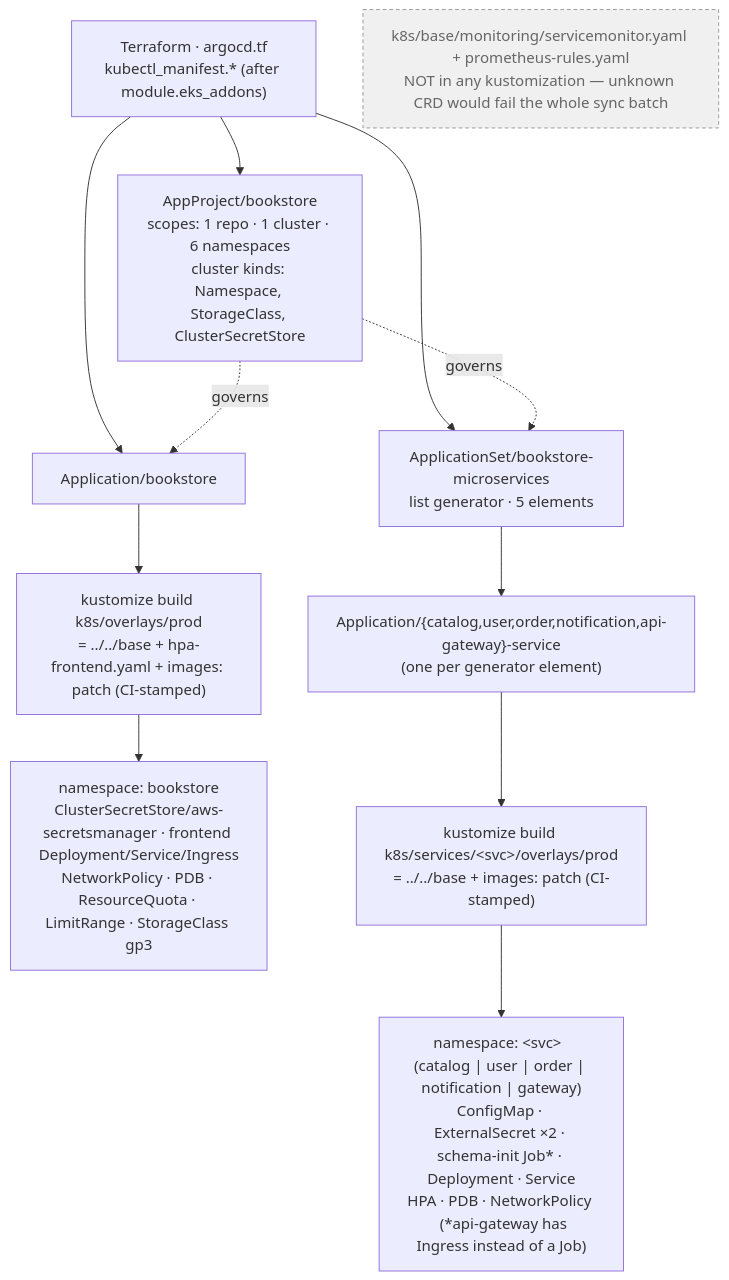
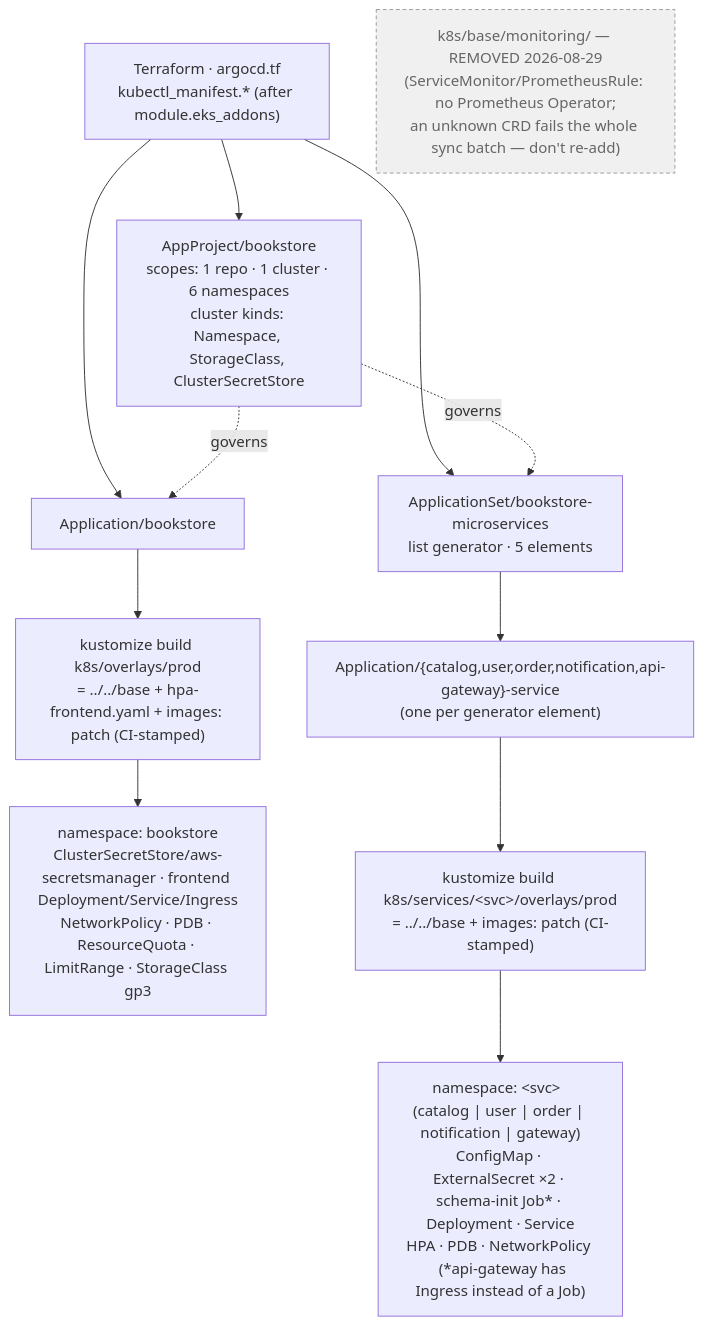
The first of 3 diagrams in k8s-dependency-graph.md (KANDUKURIsaikrishna/aws_three_tier_archi_observability), drawn with Mermaid before and after one commit. The commit also changed other lines of this file and 1 other file, not shown here.

First line of the commit message:
docs(dr): fix stale k8s/base/monitoring references in explainer/graph notes

````diff
--- a/k8s-dependency-graph.md
+++ b/k8s-dependency-graph.md
@@ -21,21 +21,21 @@
 ```mermaid
 flowchart TD
     TF["Terraform · argocd.tf<br/>kubectl_manifest.* (after module.eks_addons)"]
     TF --> APRJ["AppProject/bookstore<br/>scopes: 1 repo · 1 cluster · 6 namespaces<br/>cluster kinds: Namespace, StorageClass, ClusterSecretStore"]
     TF --> APP["Application/bookstore"]
     TF --> APPSET["ApplicationSet/bookstore-microservices<br/>list generator · 5 elements"]
     APRJ -. governs .-> APP
     APRJ -. governs .-> APPSET
 
     APP --> OVF["kustomize build k8s/overlays/prod<br/>= ../../base + hpa-frontend.yaml + images: patch (CI-stamped)"]
     OVF --> NSB["namespace: bookstore<br/>ClusterSecretStore/aws-secretsmanager · frontend Deployment/Service/Ingress<br/>NetworkPolicy · PDB · ResourceQuota · LimitRange · StorageClass gp3"]
 
     APPSET --> ASVC["Application/{catalog,user,order,notification,api-gateway}-service<br/>(one per generator element)"]
     ASVC --> OVS["kustomize build k8s/services/&lt;svc&gt;/overlays/prod<br/>= ../../base + images: patch (CI-stamped)"]
     OVS --> NSS["namespace: &lt;svc&gt;  (catalog | user | order | notification | gateway)<br/>ConfigMap · ExternalSecret ×2 · schema-init Job* · Deployment · Service<br/>HPA · PDB · NetworkPolicy   (*api-gateway has Ingress instead of a Job)"]
 
-    EXCL["k8s/base/monitoring/servicemonitor.yaml + prometheus-rules.yaml<br/>NOT in any kustomization — unknown CRD would fail the whole sync batch"]
+    EXCL["k8s/base/monitoring/ — REMOVED 2026-08-29<br/>(ServiceMonitor/PrometheusRule: no Prometheus Operator;<br/>an unknown CRD fails the whole sync batch — don't re-add)"]
 
     classDef off fill:#f0f0f0,stroke:#999,stroke-dasharray:4 3,color:#666;
     class EXCL off;
 ```
````
